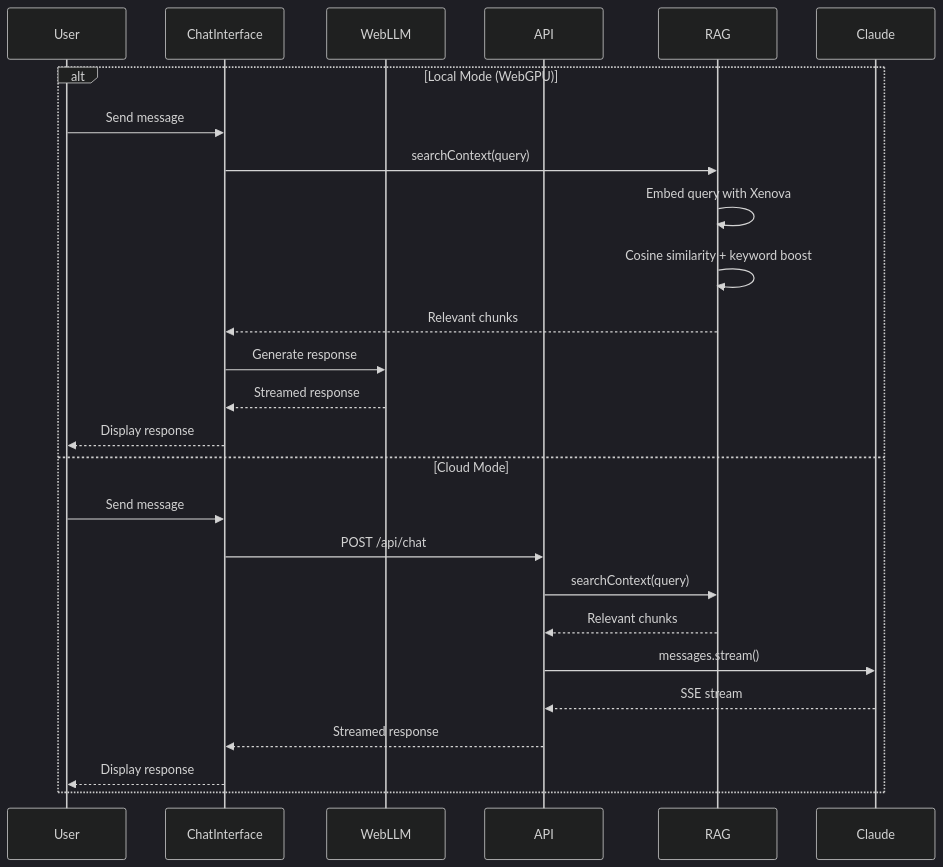
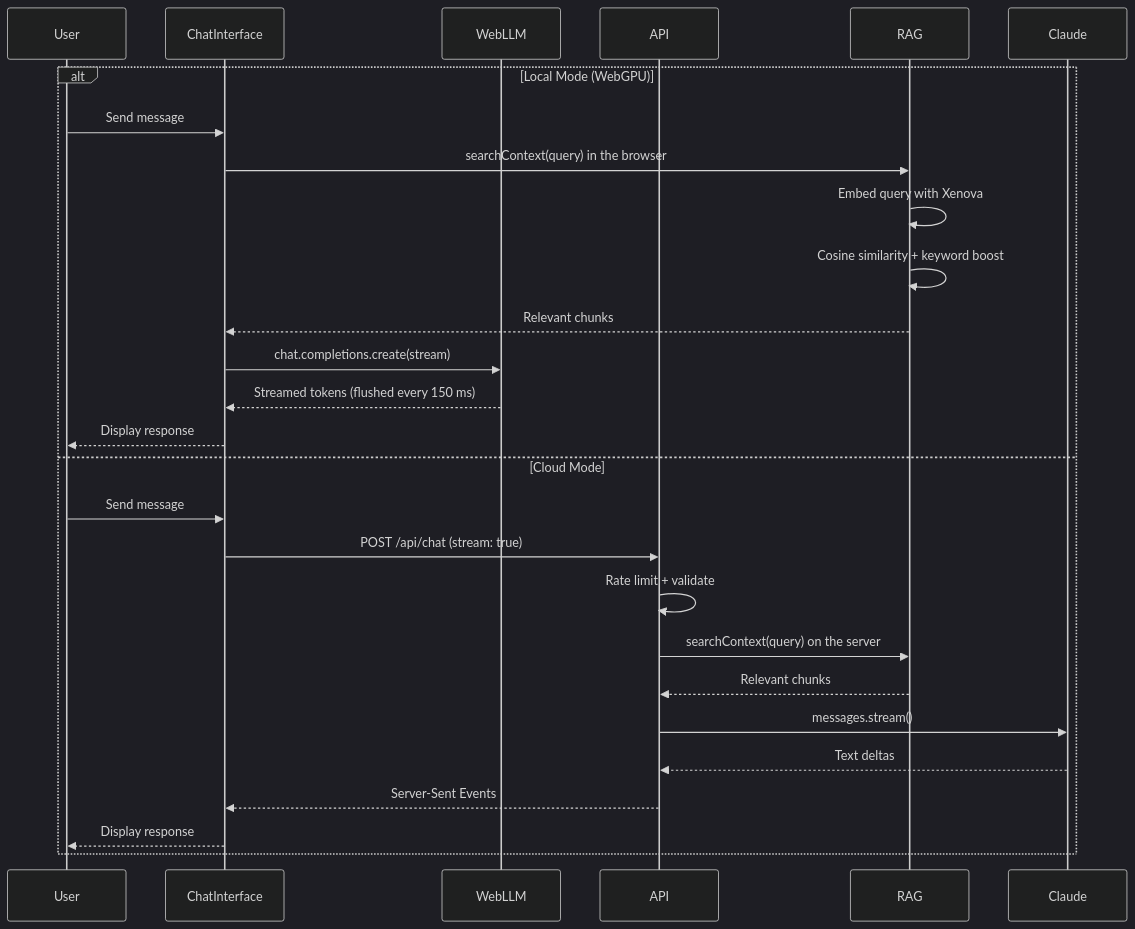
One commit to Technical-1/All-About-Me changed the second of 2 diagrams in .portfolio/architecture.md. Above: the diagram before and after it, drawn with Mermaid (dark theme). The commit also changed other lines of this file and 3 other files, not shown here.

````diff
--- a/.portfolio/architecture.md
+++ b/.portfolio/architecture.md
@@ -107,29 +121,30 @@
 ```mermaid
 sequenceDiagram
     participant User
     participant ChatInterface
     participant WebLLM
     participant API
     participant RAG
     participant Claude
 
     alt Local Mode (WebGPU)
         User->>ChatInterface: Send message
-        ChatInterface->>RAG: searchContext(query)
+        ChatInterface->>RAG: searchContext(query) in the browser
         RAG->>RAG: Embed query with Xenova
         RAG->>RAG: Cosine similarity + keyword boost
         RAG-->>ChatInterface: Relevant chunks
-        ChatInterface->>WebLLM: Generate response
-        WebLLM-->>ChatInterface: Streamed response
+        ChatInterface->>WebLLM: chat.completions.create(stream)
+        WebLLM-->>ChatInterface: Streamed tokens (flushed every 150 ms)
         ChatInterface-->>User: Display response
     else Cloud Mode
         User->>ChatInterface: Send message
-        ChatInterface->>API: POST /api/chat
-        API->>RAG: searchContext(query)
+        ChatInterface->>API: POST /api/chat (stream: true)
+        API->>API: Rate limit + validate
+        API->>RAG: searchContext(query) on the server
         RAG-->>API: Relevant chunks
         API->>Claude: messages.stream()
-        Claude-->>API: SSE stream
-        API-->>ChatInterface: Streamed response
+        Claude-->>API: Text deltas
+        API-->>ChatInterface: Server-Sent Events
         ChatInterface-->>User: Display response
     end
 ```
````
